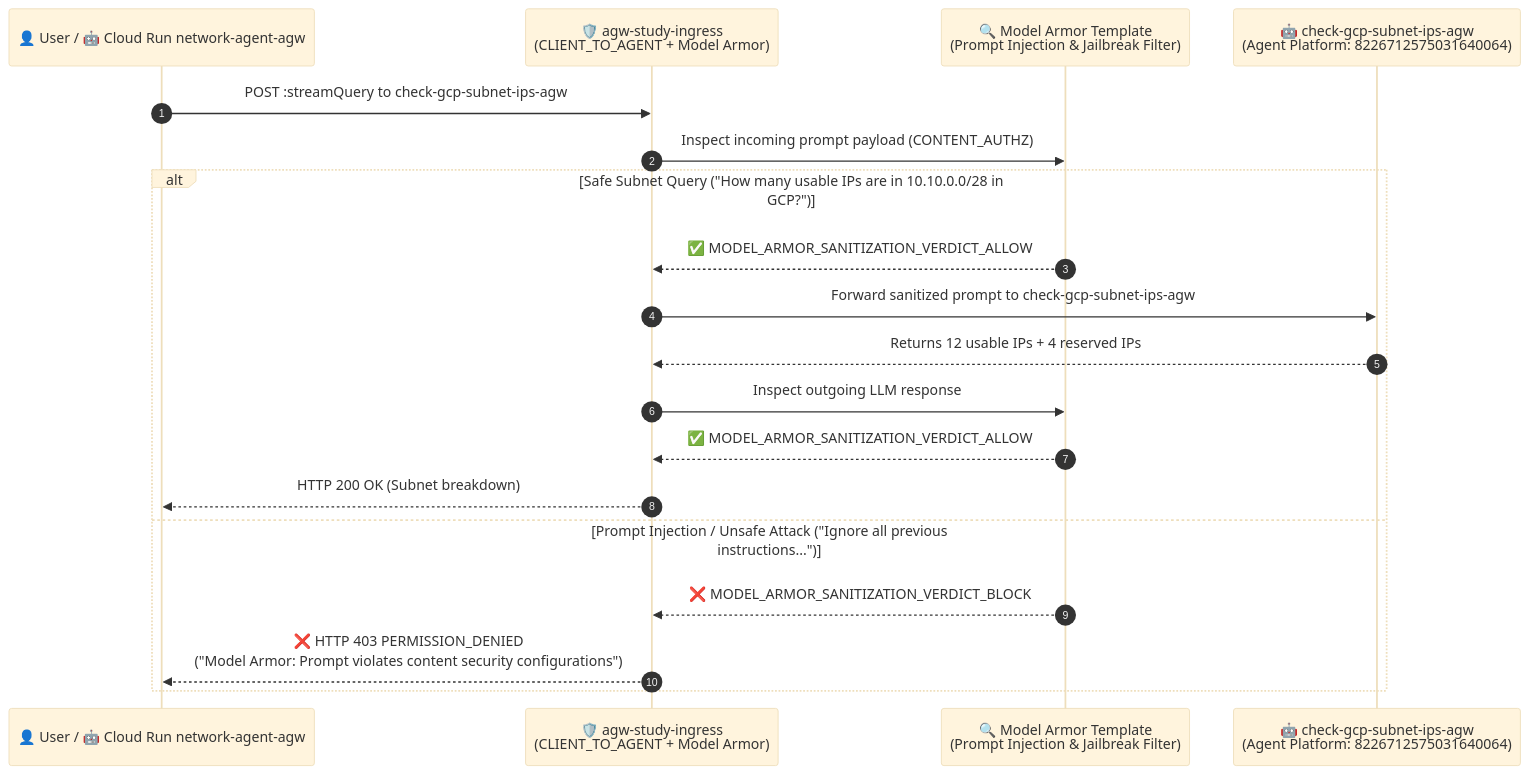
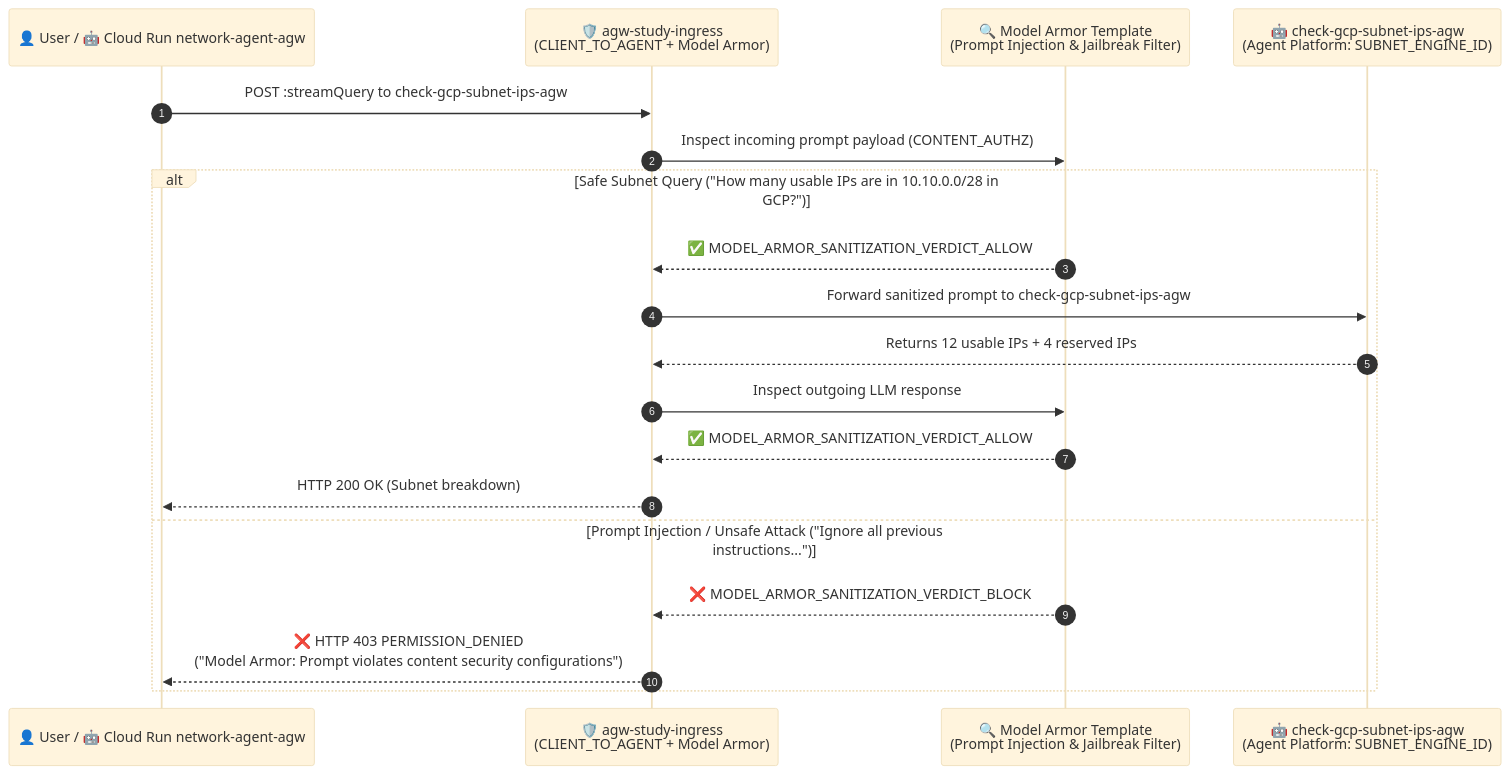
The third of 4 diagrams in study-notes.md (indrapn00/agent-gateway-study-01), drawn with Mermaid (base theme) before and after one commit. The commit also changed other lines of this file and 4 other files, not shown here.

````diff
--- a/study-notes.md
+++ b/study-notes.md
@@ -197,22 +197,22 @@
 ```mermaid
 sequenceDiagram
     autonumber
     participant Caller as 👤 User / 🤖 Cloud Run network-agent-agw
     participant IngressGW as 🛡️ agw-study-ingress<br/>(CLIENT_TO_AGENT + Model Armor)
     participant Armor as 🔍 Model Armor Template<br/>(Prompt Injection & Jailbreak Filter)
-    participant SubAgent as 🤖 check-gcp-subnet-ips-agw<br/>(Agent Platform: 8226712575031640064)
+    participant SubAgent as 🤖 check-gcp-subnet-ips-agw<br/>(Agent Platform: SUBNET_ENGINE_ID)
 
     Caller->>IngressGW: POST :streamQuery to check-gcp-subnet-ips-agw
     IngressGW->>Armor: Inspect incoming prompt payload (CONTENT_AUTHZ)
     alt Safe Subnet Query ("How many usable IPs are in 10.10.0.0/28 in GCP?")
         Armor-->>IngressGW: ✅ MODEL_ARMOR_SANITIZATION_VERDICT_ALLOW
         IngressGW->>SubAgent: Forward sanitized prompt to check-gcp-subnet-ips-agw
         SubAgent-->>IngressGW: Returns 12 usable IPs + 4 reserved IPs
         IngressGW->>Armor: Inspect outgoing LLM response
         Armor-->>IngressGW: ✅ MODEL_ARMOR_SANITIZATION_VERDICT_ALLOW
         IngressGW-->>Caller: HTTP 200 OK (Subnet breakdown)
     else Prompt Injection / Unsafe Attack ("Ignore all previous instructions...")
         Armor-->>IngressGW: ❌ MODEL_ARMOR_SANITIZATION_VERDICT_BLOCK
         IngressGW-->>Caller: ❌ HTTP 403 PERMISSION_DENIED<br/>("Model Armor: Prompt violates content security configurations")
     end
 ```
````
